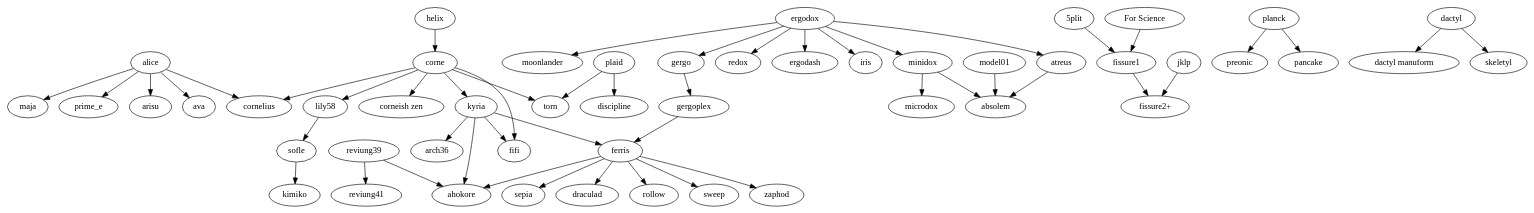
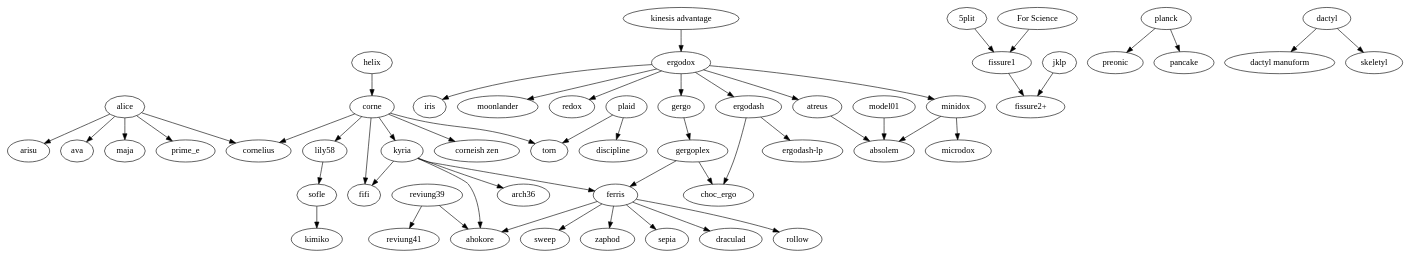
The diagram in tree.gv (petejohanson/mk-family-tree), drawn with Graphviz before and after one commit.

Commit message:
Add choc_ergo, ergodash-lp, kinesis advantage

```diff
--- a/tree.gv
+++ b/tree.gv
@@ -1,99 +1,109 @@
 digraph T {
   subgraph splits {
     helix -> corne;
 
     corne -> {
       "corneish zen";
       cornelius;
       fifi;
       kyria;
       lily58;
       torn;
     };
 
     lily58 -> sofle;
 
     kyria -> {
         ahokore;
         arch36;
         ferris;
         fifi;
     };
 
+    "kinesis advantage" -> ergodox;
+
     ergodox -> {
       atreus;
       ergodash;
       gergo;
       iris;
       minidox;
       moonlander;
       redox;
     };
 
+    ergodash -> {
+      "ergodash-lp";
+      choc_ergo;
+    };
+
     gergo -> gergoplex;
-    gergoplex -> ferris;
+    gergoplex -> {
+      ferris;
+      choc_ergo;
+    };
 
     ferris -> {
       ahokore;
       sepia;
       draculad;
       rollow;
       sweep;
       zaphod;
     };
 
     minidox -> {
       absolem;
       microdox;
     };
 
     model01 -> {
       absolem;
     };
 
     sofle -> kimiko;
 
     "5plit" -> "fissure1";
     "For Science" -> "fissure1";
     fissure1 -> "fissure2+";
     jklp -> "fissure2+";
   }
 
   subgraph unibody {
     atreus -> {
       absolem;
     };
     reviung39 -> {
       ahokore;
       reviung41;
     };
   };
 
   subgraph ortholinear {
     plaid -> {
       discipline;
       torn;
     };
     planck -> {
       preonic;
       pancake;
     };
   }
 
   subgraph {
     dactyl -> {
       "dactyl manuform";
       skeletyl;
     }
   }
 
   subgraph alicefamily {
     alice -> {
       arisu;
       ava;
       cornelius;
       maja;
       prime_e;
     }
   }
 }
```
